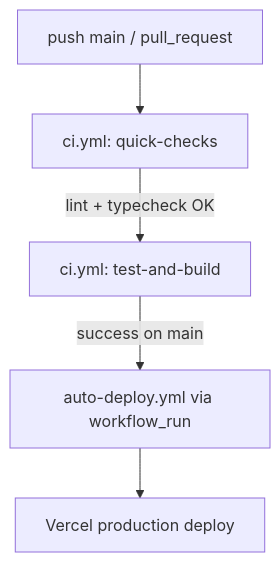
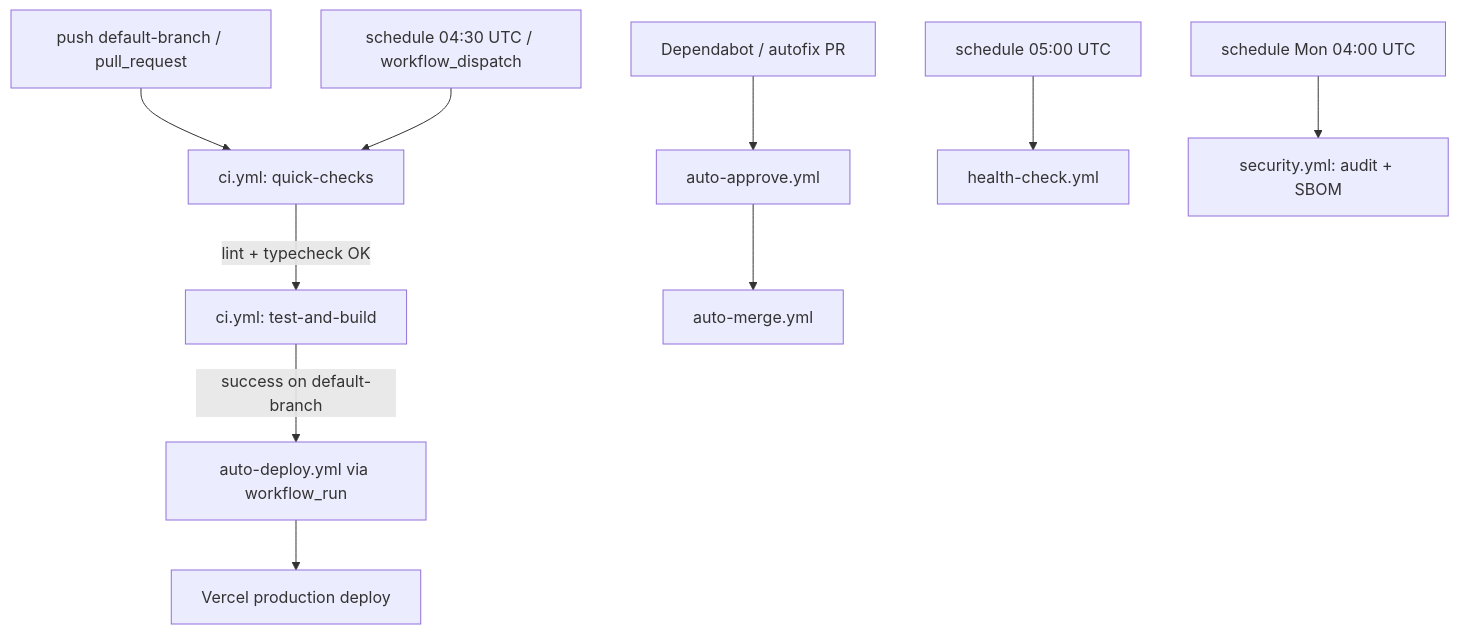
The diagram in NOTES/runbook.md (NeXifyAI-cloud/opencarbox), drawn with Mermaid before and after one commit. The commit also changed other lines of this file and 5 other files, not shown here.

Commit message:
feat: add workflow automation improvements (auto-approve, health-check, caching, path filters, SBOM)

````diff
--- a/NOTES/runbook.md
+++ b/NOTES/runbook.md
@@ -98,7 +98,12 @@
 ```mermaid
 flowchart TD
-  A[push main / pull_request] --> B[ci.yml: quick-checks]
+  A[push default-branch / pull_request] --> B[ci.yml: quick-checks]
   B -->|lint + typecheck OK| C[ci.yml: test-and-build]
-  C -->|success on main| D[auto-deploy.yml via workflow_run]
+  C -->|success on default-branch| D[auto-deploy.yml via workflow_run]
   D --> E[Vercel production deploy]
+  F[schedule 04:30 UTC / workflow_dispatch] --> B
+  G[Dependabot / autofix PR] --> H[auto-approve.yml]
+  H --> I[auto-merge.yml]
+  J[schedule 05:00 UTC] --> K[health-check.yml]
+  L[schedule Mon 04:00 UTC] --> M[security.yml: audit + SBOM]
 ```
````
